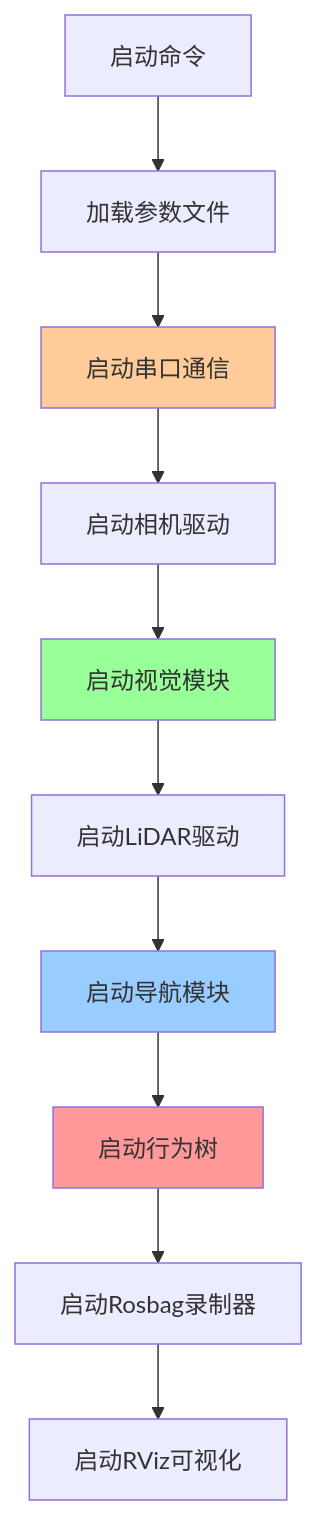
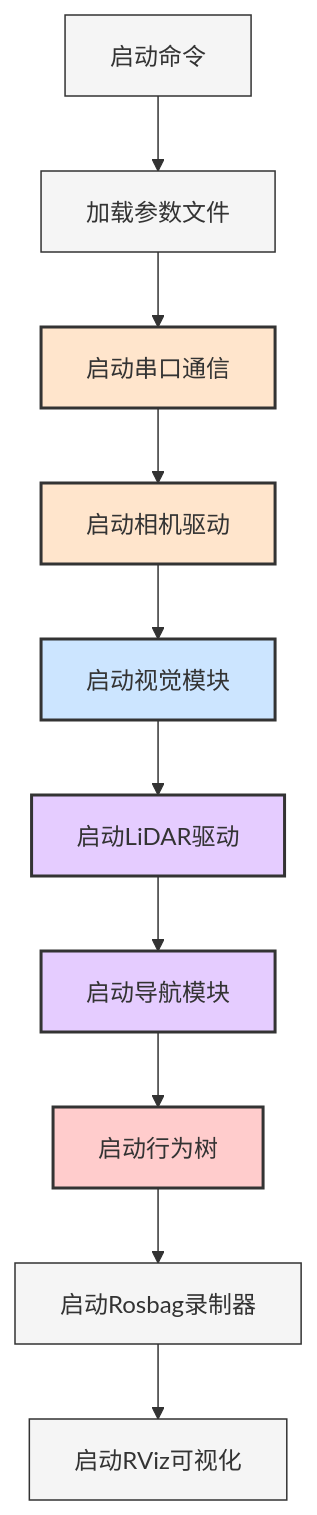
Before and after one commit to happywosabi/pb2025_sentry_ws: the first of 2 diagrams in docs/08_运行与调试.md, drawn with Mermaid. The commit also changed other lines of this file and 5 other files, not shown here.

````diff
--- a/docs/08_运行与调试.md
+++ b/docs/08_运行与调试.md
@@ -37,17 +37,24 @@
 ```mermaid
 graph TB
     A[启动命令] --> B[加载参数文件]
     B --> C[启动串口通信]
     C --> D[启动相机驱动]
     D --> E[启动视觉模块]
     E --> F[启动LiDAR驱动]
     F --> G[启动导航模块]
     G --> H[启动行为树]
     H --> I[启动Rosbag录制器]
     I --> J[启动RViz可视化]
 
-    style C fill:#ffcc99
-    style E fill:#99ff99
-    style G fill:#99ccff
-    style H fill:#ff9999
+    classDef hardwareClass fill:#FFE5CC,stroke:#333,stroke-width:2px
+    classDef perceptionClass fill:#CCE5FF,stroke:#333,stroke-width:2px
+    classDef navClass fill:#E5CCFF,stroke:#333,stroke-width:2px
+    classDef decisionClass fill:#FFCCCC,stroke:#333,stroke-width:2px
+    classDef processClass fill:#F5F5F5,stroke:#333,stroke-width:1px
+
+    class C,D hardwareClass
+    class E perceptionClass
+    class F,G navClass
+    class H decisionClass
+    class A,B,I,J processClass
 ```
````
